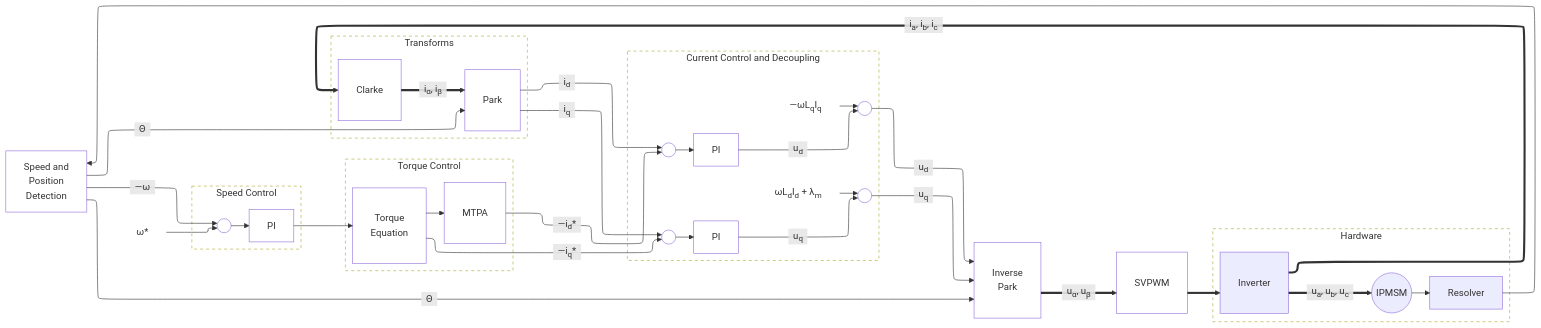
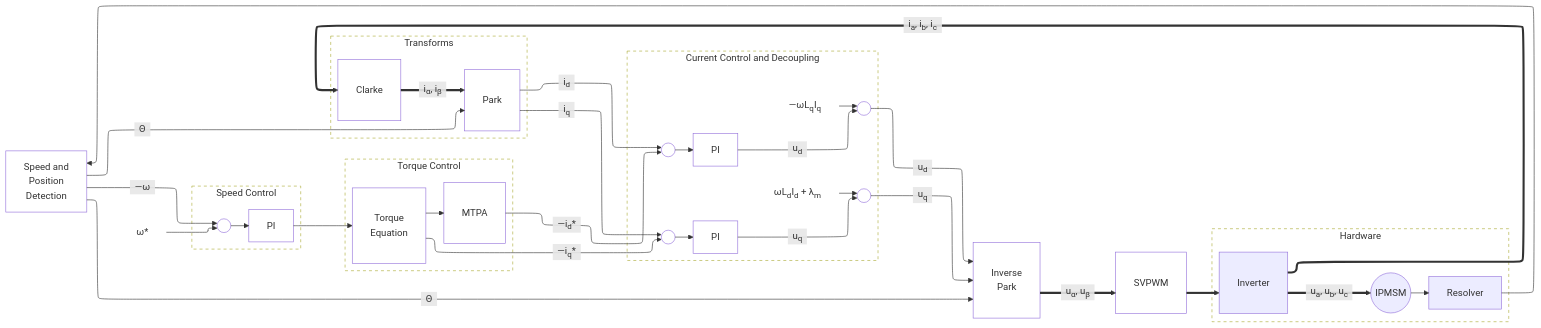
One commit to XicuM/foc-systemverilog changed the diagram in README.md. Above: the diagram before and after it, drawn with Mermaid. The commit also changed other lines of this file and 13 other files, not shown here.

```diff
--- a/README.md
+++ b/README.md
@@ -34,8 +34,8 @@
 
     %% Speed Control
     subgraph sc[Speed Control]
-        sum_ω(("..")):::sum
-        pi_ω["PI"]:::box
+        sum_ω((x)):::sum
+        pi_ω[PI]:::box
     end
     sc:::group
 
@@ -43,14 +43,14 @@
 
     %% Current Control
     subgraph cc[Current Control and Decoupling]
-        sum_id(("..")):::sum
-        sum_iq(("..")):::sum
-        pi_id["PI"]:::box
-        pi_iq["PI"]:::box
+        sum_id((x)):::sum
+        sum_iq((x)):::sum
+        pi_id[PI]:::box
+        pi_iq[PI]:::box
         decopling_d["—ωL<sub>q</sub>I<sub>q</sub>"]:::nobox
         decoupling_q["ωL<sub>d</sub>I<sub>d</sub> + λ<sub>m</sub>"]:::nobox
-        sum_vd(("..")):::sum
-        sum_vq(("..")):::sum
+        sum_vd((x)):::sum
+        sum_vq((x)):::sum
     end
     cc:::group
 
```
